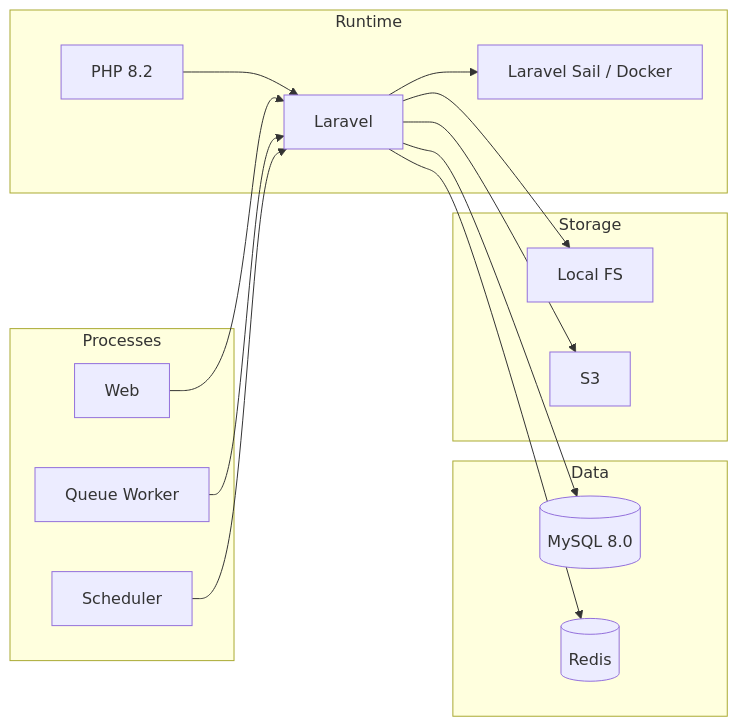
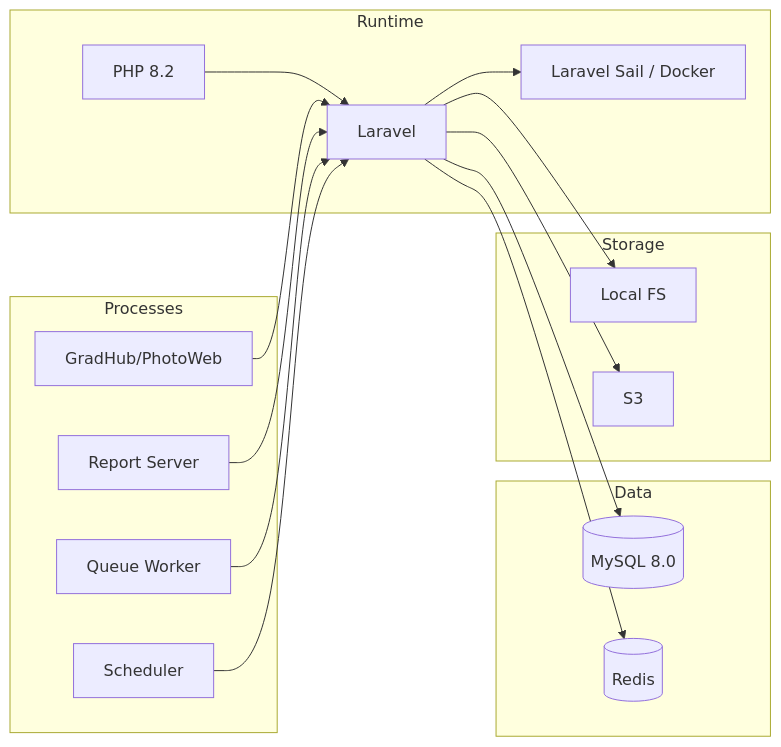
Before and after one commit to yeremko/gatest: the seventh of 7 diagrams in architecture.md, drawn with Mermaid. The commit also changed other lines of this file, not shown here.

````diff
--- a/architecture.md
+++ b/architecture.md
@@ -175,34 +186,36 @@
 ```mermaid
 flowchart LR
     subgraph Runtime["Runtime"]
         PHP[PHP 8.2]
         Laravel[Laravel]
         Sail[Laravel Sail / Docker]
     end
 
     subgraph Data["Data"]
         MySQL[(MySQL 8.0)]
         Redis[(Redis)]
     end
 
     subgraph Storage["Storage"]
         Local[Local FS]
         S3[S3]
     end
 
     subgraph Processes["Processes"]
-        Web[Web]
+        Web[GradHub/PhotoWeb]
+        ReportServer[Report Server]
         Queue[Queue Worker]
         Cron[Scheduler]
     end
 
     PHP --> Laravel
     Laravel --> Sail
     Laravel --> MySQL
     Laravel --> Redis
     Laravel --> Local
     Laravel --> S3
     Web --> Laravel
+    ReportServer --> Laravel
     Queue --> Laravel
     Cron --> Laravel
 ```
````
